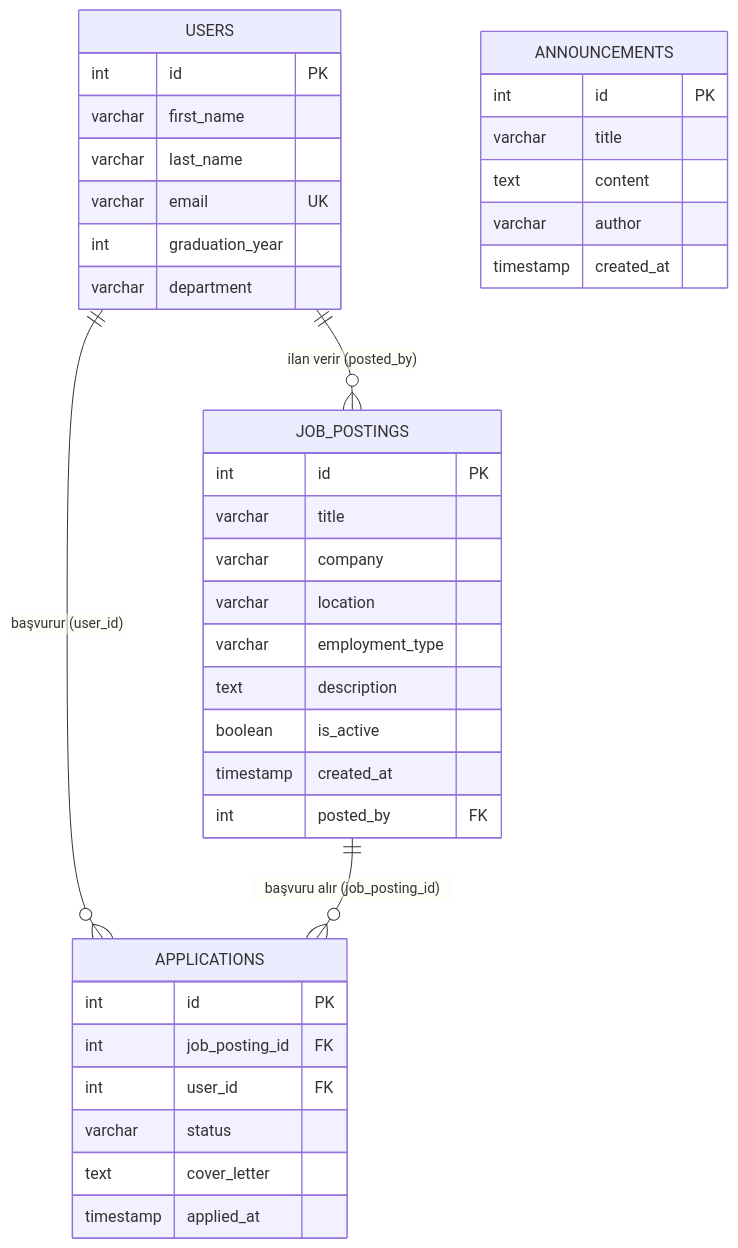
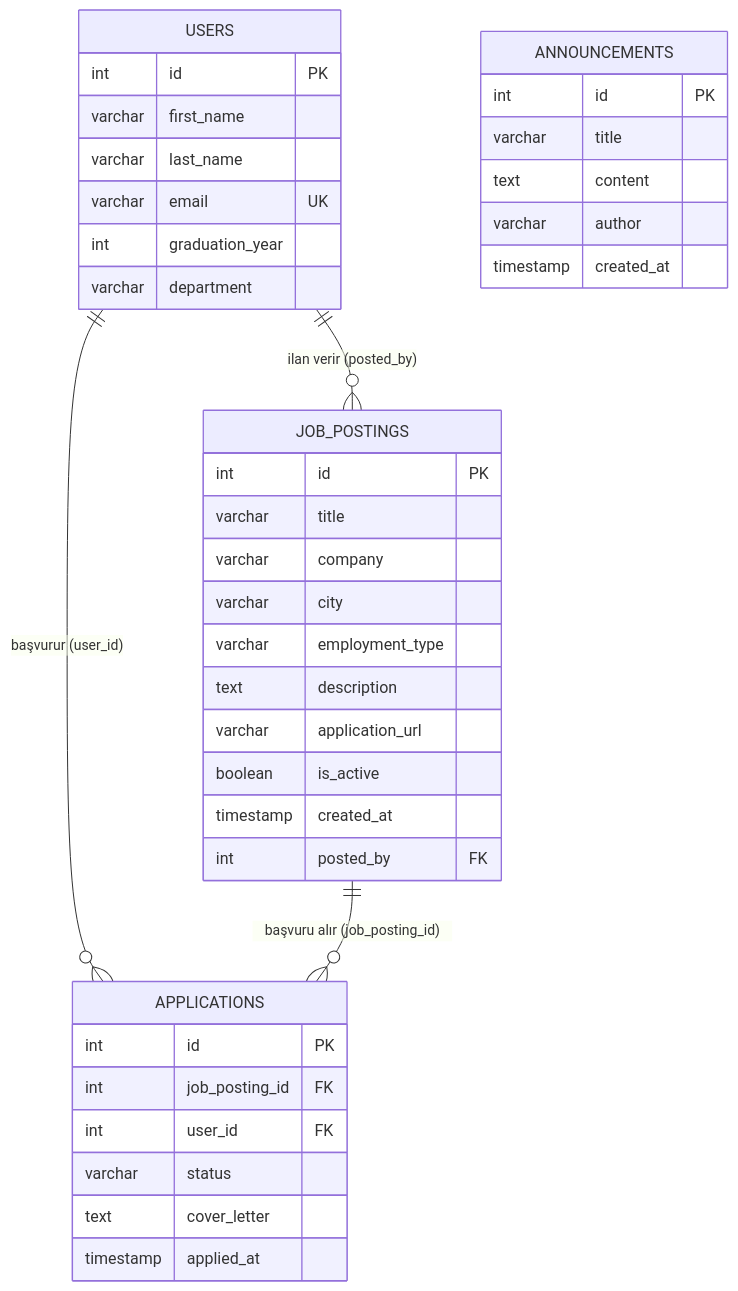
Before and after one commit to aysetekgoz/Alumni: the first of 2 diagrams in ddd.md, drawn with Mermaid. The commit also changed other lines of this file and 17 other files, not shown here.

````diff
--- a/ddd.md
+++ b/ddd.md
@@ -136,44 +142,45 @@
 ```mermaid
 erDiagram
     USERS {
         int id PK
         varchar first_name
         varchar last_name
         varchar email UK
         int graduation_year
         varchar department
     }
 
     ANNOUNCEMENTS {
         int id PK
         varchar title
         text content
         varchar author
         timestamp created_at
     }
 
     JOB_POSTINGS {
         int id PK
         varchar title
         varchar company
-        varchar location
+        varchar city
         varchar employment_type
         text description
+        varchar application_url
         boolean is_active
         timestamp created_at
         int posted_by FK
     }
 
     APPLICATIONS {
         int id PK
         int job_posting_id FK
         int user_id FK
         varchar status
         text cover_letter
         timestamp applied_at
     }
 
     USERS ||--o{ JOB_POSTINGS : "ilan verir (posted_by)"
     USERS ||--o{ APPLICATIONS : "başvurur (user_id)"
     JOB_POSTINGS ||--o{ APPLICATIONS : "başvuru alır (job_posting_id)"
 ```
````
